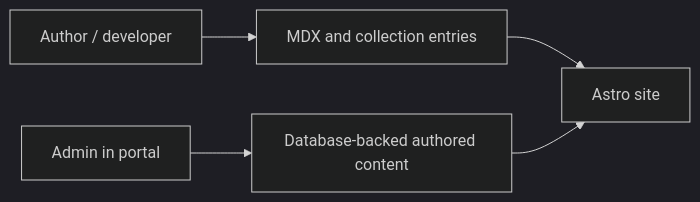
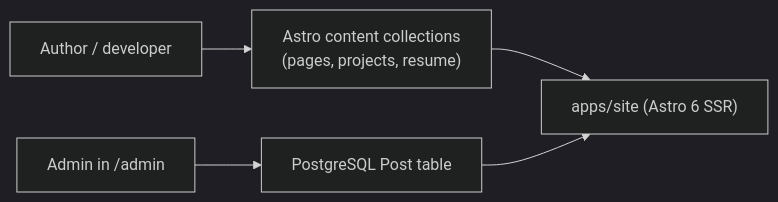
One commit to stevenfackley/steveackley-website changed the diagram in docs/CONTENT_ARCHITECTURE.md. Above: the diagram before and after it, drawn with Mermaid (dark theme). The commit also changed other lines of this file and 9 other files, not shown here.

````diff
--- a/docs/CONTENT_ARCHITECTURE.md
+++ b/docs/CONTENT_ARCHITECTURE.md
@@ -5,7 +5,7 @@
 ```mermaid
 flowchart LR
-    author["Author / developer"] --> mdx["MDX and collection entries"]
-    admin["Admin in portal"] --> db["Database-backed authored content"]
-    mdx --> site["Astro site"]
+    devEditor["Author / developer"] --> mdx["Astro content collections<br/>(pages, projects, resume)"]
+    admin["Admin in /admin"] --> db["PostgreSQL Post table"]
+    mdx --> site["apps/site (Astro 6 SSR)"]
     db --> site
 ```
````
